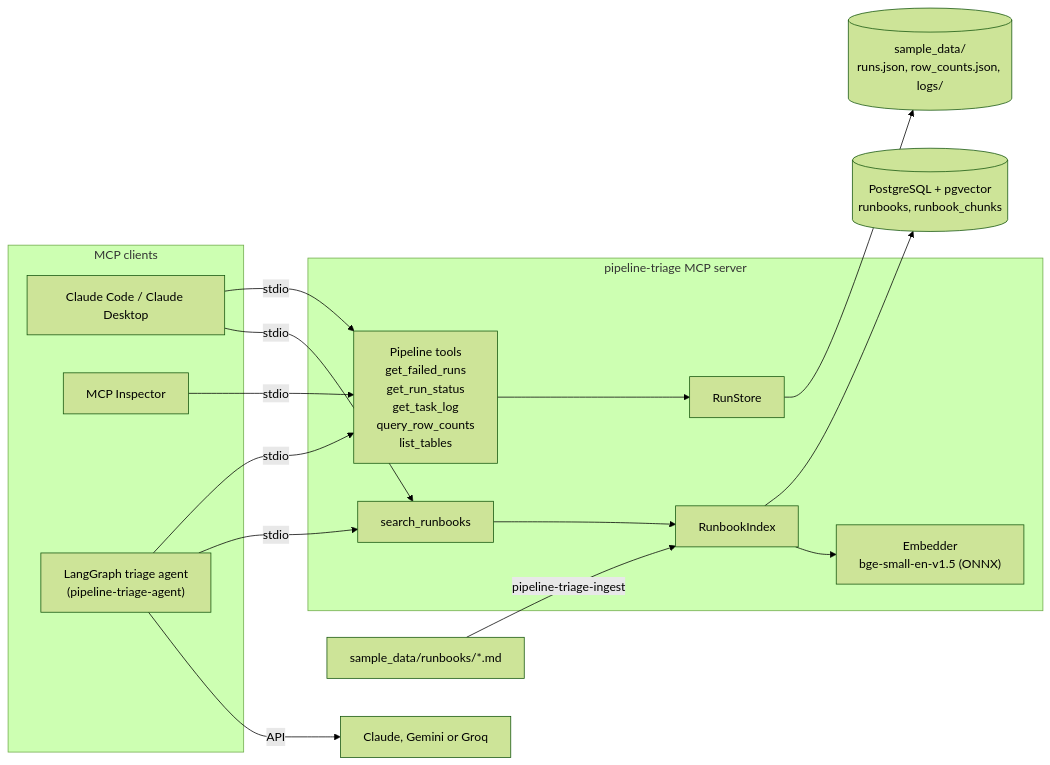
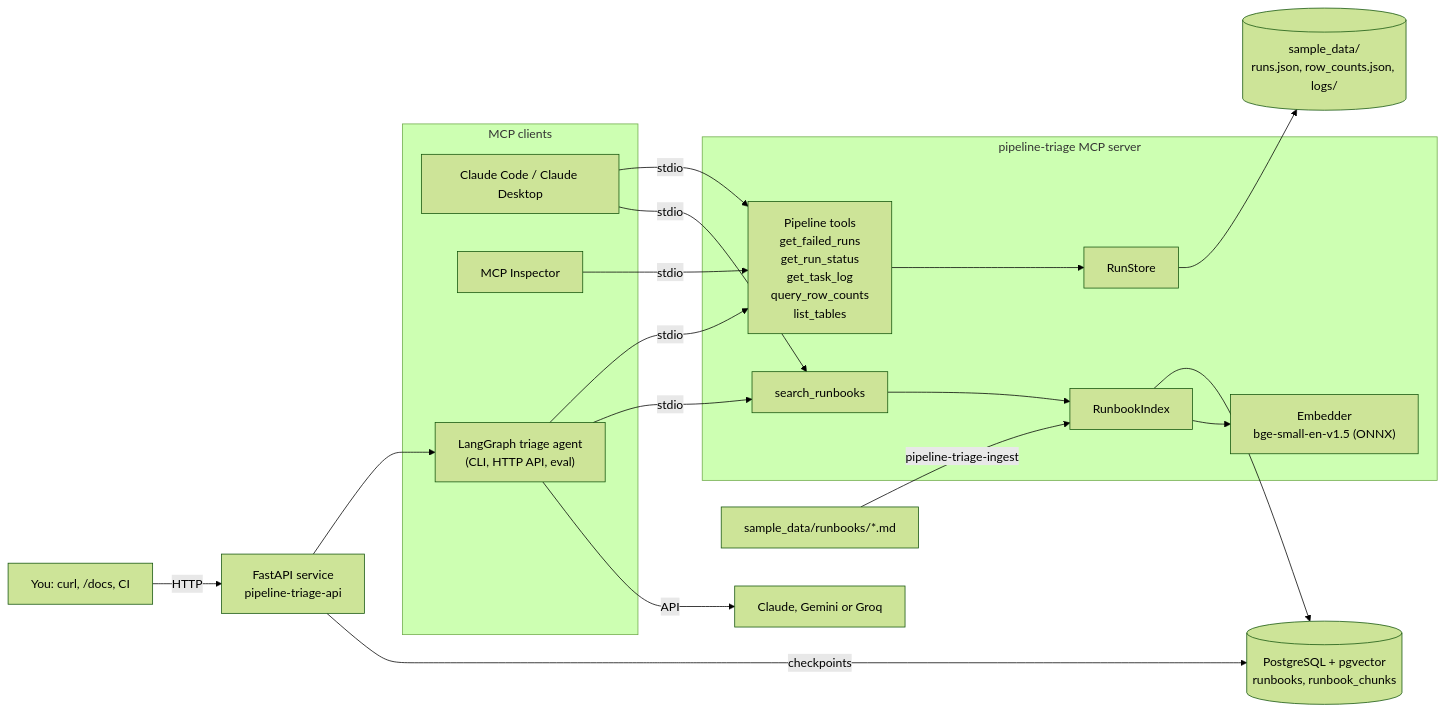
The first of 2 diagrams in README.md (RiverburnCruiser/pipeline-triage-agent), drawn with Mermaid (forest theme) before and after one commit. The commit also changed other lines of this file and 16 other files, not shown here.

First line of the commit message:
Stage 4: agent eval, FastAPI service and Docker Compose

````diff
--- a/README.md
+++ b/README.md
@@ -30,31 +34,35 @@
 ```mermaid
 flowchart LR
     subgraph clients[MCP clients]
         CC[Claude Code / Claude Desktop]
         INS[MCP Inspector]
-        AG["LangGraph triage agent<br/>(pipeline-triage-agent)"]
+        AG["LangGraph triage agent<br/>(CLI, HTTP API, eval)"]
     end
+
+    U[You: curl, /docs, CI] -- HTTP --> API[FastAPI service<br/>pipeline-triage-api]
+    API --> AG
+    API -- checkpoints --> PG
 
     subgraph server[pipeline-triage MCP server]
         T[Pipeline tools<br/>get_failed_runs<br/>get_run_status<br/>get_task_log<br/>query_row_counts<br/>list_tables]
         R[search_runbooks]
         S[RunStore]
         I[RunbookIndex]
         E["Embedder<br/>bge-small-en-v1.5 (ONNX)"]
     end
 
     D[("sample_data/<br/>runs.json, row_counts.json, logs/")]
     PG[("PostgreSQL + pgvector<br/>runbooks, runbook_chunks")]
     MD["sample_data/runbooks/*.md"]
 
     CC -- stdio --> T
     CC -- stdio --> R
     INS -- stdio --> T
     AG -- stdio --> T
     AG -- stdio --> R
     AG -- API --> CL[Claude, Gemini or Groq]
     T --> S --> D
     R --> I --> PG
     I --> E
     MD -- pipeline-triage-ingest --> I
 ```
````
